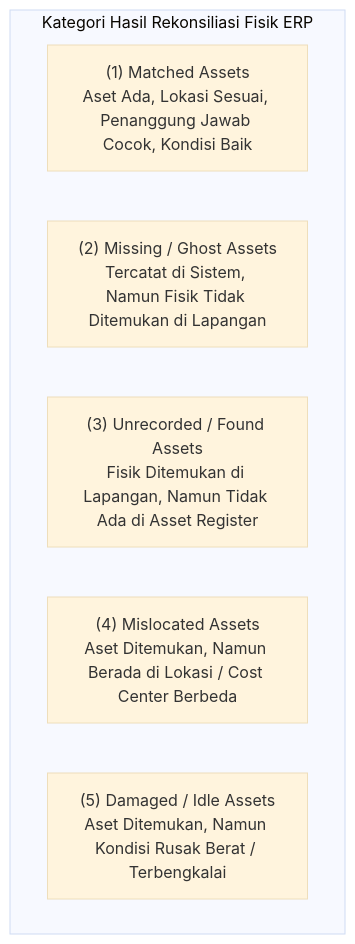
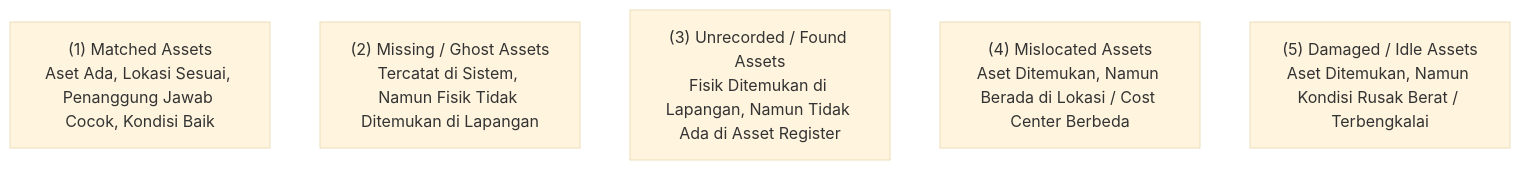
Before and after one commit to alimurrofid/erp-notes: the second of 3 diagrams in content/08-assets/physical-asset-verification.md, drawn with Mermaid (base theme). The commit also changed 58 other files, not shown here.

Commit message:
fix(content):Mermaid Subgraph

````diff
--- a/content/08-assets/physical-asset-verification.md
+++ b/content/08-assets/physical-asset-verification.md
@@ -56,10 +56,8 @@
 ```mermaid
 graph TD
-    subgraph ReconciliationOutcomes["Kategori Hasil Rekonsiliasi Fisik ERP"]
         M["(1) Matched Assets<br/>Aset Ada, Lokasi Sesuai, Penanggung Jawab Cocok, Kondisi Baik"]
         G["(2) Missing / Ghost Assets<br/>Tercatat di Sistem, Namun Fisik Tidak Ditemukan di Lapangan"]
         U["(3) Unrecorded / Found Assets<br/>Fisik Ditemukan di Lapangan, Namun Tidak Ada di Asset Register"]
         L["(4) Mislocated Assets<br/>Aset Ditemukan, Namun Berada di Lokasi / Cost Center Berbeda"]
         D["(5) Damaged / Idle Assets<br/>Aset Ditemukan, Namun Kondisi Rusak Berat / Terbengkalai"]
-    end
 ```
````
